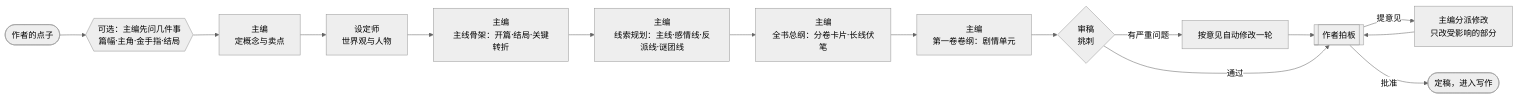
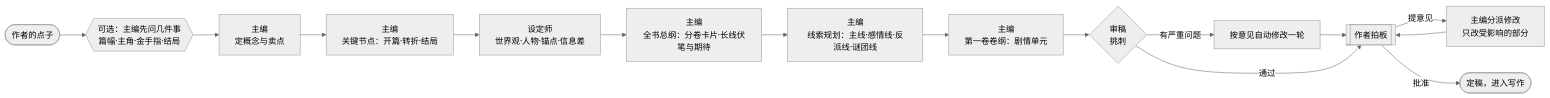
Before and after one commit to lxbtkfbj/zhibi: the first of 3 diagrams in README.md, drawn with Mermaid (neutral theme). The commit also changed other lines of this file and 70 other files, not shown here.

Commit message:
第一包任务 2：接入开书拼图流程与节点规划

````diff
--- a/README.md
+++ b/README.md
@@ -35,17 +35,17 @@
 ```mermaid
 flowchart LR
     A([作者的点子]) --> Q{{可选：主编先问几件事<br/>篇幅·主角·金手指·结局}}
     Q --> B[主编<br/>定概念与卖点]
-    B --> C[设定师<br/>世界观与人物]
-    C --> S[主编<br/>主线骨架：开篇·结局·关键转折]
-    S --> T[主编<br/>线索规划：主线·感情线·反派线·谜团线]
-    T --> D[主编<br/>全书总纲：分卷卡片·长线伏笔]
-    D --> V[主编<br/>第一卷卷纲：剧情单元]
+    B --> S[主编<br/>关键节点：开篇·转折·结局]
+    S --> C[设定师<br/>世界观·人物·锚点·信息差]
+    C --> D[主编<br/>全书总纲：分卷卡片·长线伏笔与期待]
+    D --> T[主编<br/>线索规划：主线·感情线·反派线·谜团线]
+    T --> V[主编<br/>第一卷卷纲：剧情单元]
     V --> E{审稿<br/>挑刺}
     E -- 有严重问题 --> F[按意见自动修改一轮]
     F --> G
     E -- 通过 --> G[[作者拍板]]
     G -- 提意见 --> H[主编分派修改<br/>只改受影响的部分]
     H --> G
     G -- 批准 --> I([定稿，进入写作])
 ```
````
